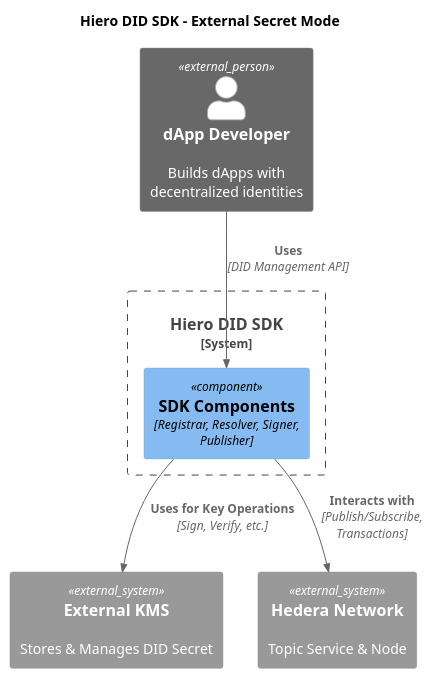
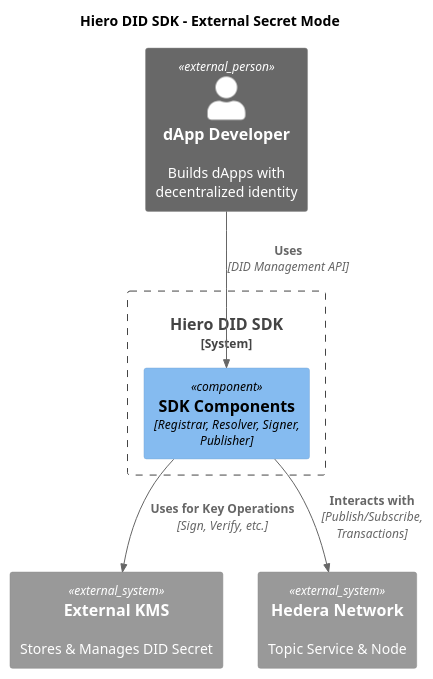
Before and after one commit to hiero-ledger/hiero-did-sdk-js: the diagram in docs/modules/ROOT/pages/02-design/diagrams/external-secret-mode-diagram.puml, drawn with PlantUML. The commit also changed 115 other files, not shown here.

```diff
--- a/docs/modules/ROOT/pages/02-design/diagrams/external-secret-mode-diagram.puml
+++ b/docs/modules/ROOT/pages/02-design/diagrams/external-secret-mode-diagram.puml
@@ -1,19 +1,19 @@
 @startuml
 !include https://raw.githubusercontent.com/plantuml-stdlib/C4-PlantUML/master/C4_Component.puml
 
 title Hiero DID SDK - External Secret Mode
 
-Person_Ext(developer, "dApp Developer", "Builds dApps with decentralized identities")
+Person_Ext(developer, "dApp Developer", "Builds dApps with decentralized identity")
 
 System_Boundary(c1, "Hiero DID SDK") {
-  Component(sdk, "SDK Components", "Registrar, Resolver, Signer, Publisher") 
+  Component(sdk, "SDK Components", "Registrar, Resolver, Signer, Publisher")
 }
 
 System_Ext(kms, "External KMS", "Stores & Manages DID Secret")
 System_Ext(hedera, "Hedera Network", "Topic Service & Node")
 
 Rel(developer, sdk, "Uses", "DID Management API")
 Rel(sdk, kms, "Uses for Key Operations", "Sign, Verify, etc.")
 Rel(sdk, hedera, "Interacts with", "Publish/Subscribe, Transactions")
 
 @enduml
```
